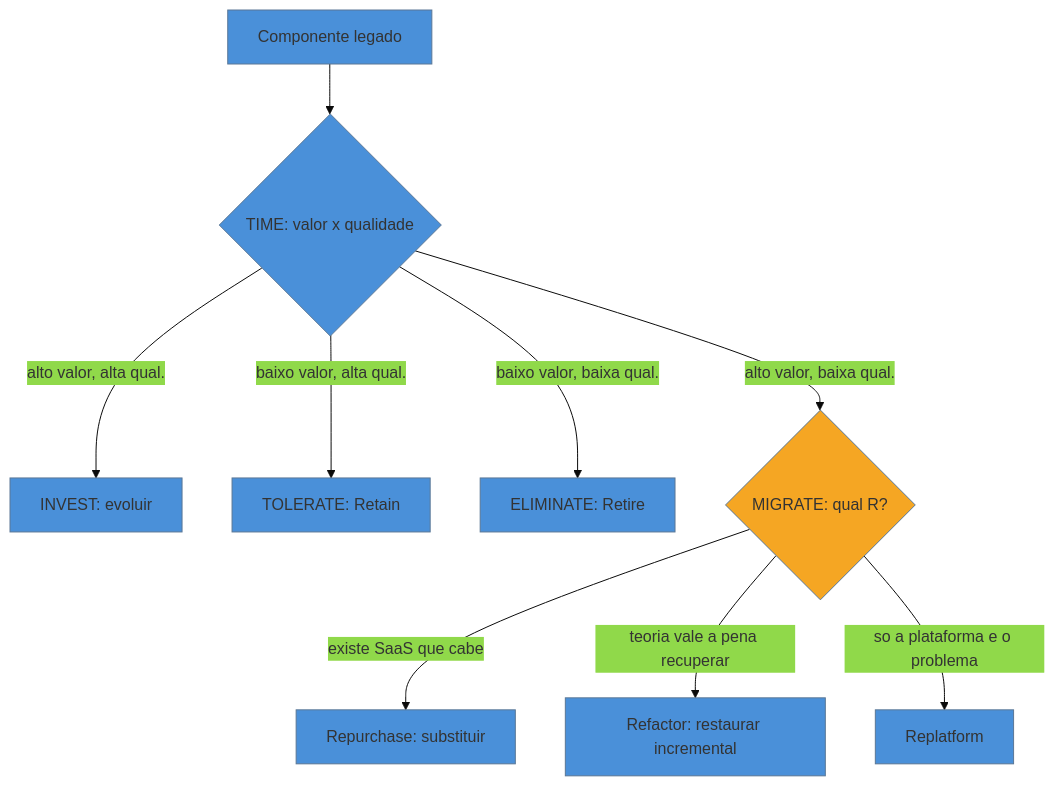
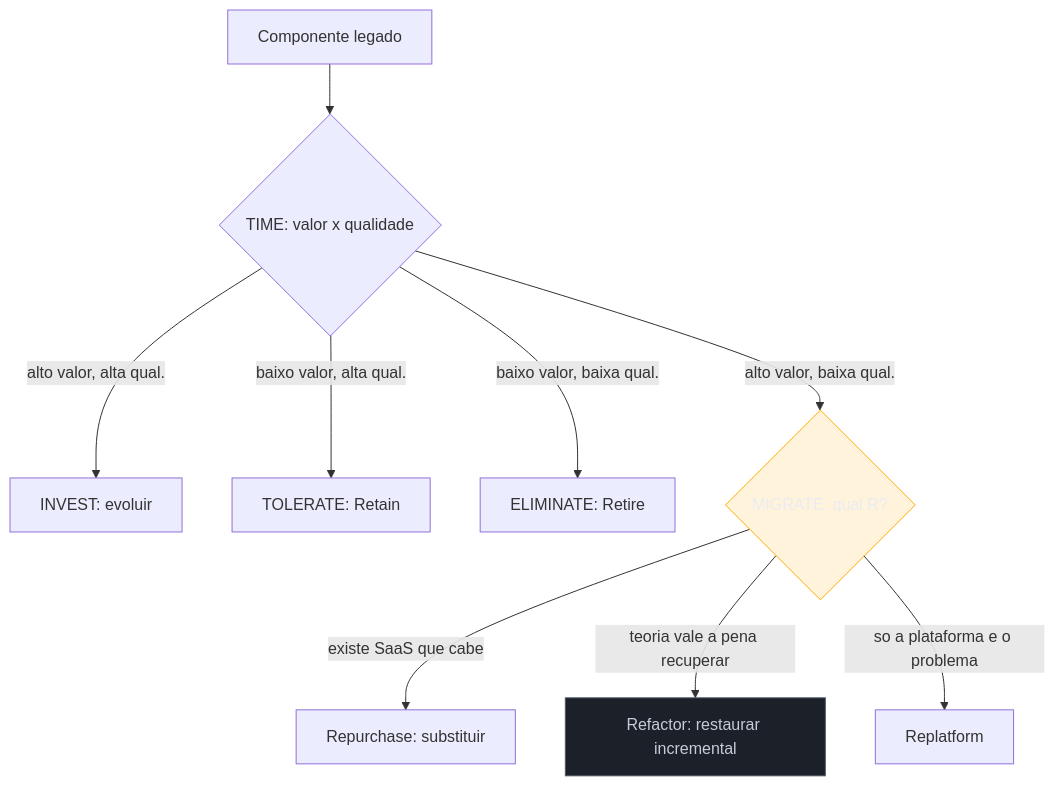
One commit to josenaldo/codex-technomanticus changed the second of 2 diagrams in 03-Dominios/Engenharia/Arqueologia e Restauração de Software/17 - Frameworks de decisão.md. Above: the diagram before and after it, drawn with Mermaid. The commit also changed other lines of this file and 1181 other files, not shown here.

First line of the commit message:
fix(diagramas): paleta do sistema no lugar de cor cravada no markdown

````diff
--- a/03-Dominios/Engenharia/Arqueologia e Restauração de Software/17 - Frameworks de decisão.md
+++ b/03-Dominios/Engenharia/Arqueologia e Restauração de Software/17 - Frameworks de decisão.md
@@ -75,14 +74,15 @@
 ```mermaid
-%%{init: {"theme": "base", "themeVariables": {"primaryColor": "#4A90D9"}}}%%
 graph TD
+    classDef destaque fill:#FFAA0024,stroke:#FFAA00,color:#E9ECF2
+    classDef neutro fill:#1B2029,stroke:#4E5666,color:#C6CCD8
     A[Componente legado] --> B{TIME: valor x qualidade}
     B -->|alto valor, alta qual.| C[INVEST: evoluir]
     B -->|baixo valor, alta qual.| D[TOLERATE: Retain]
     B -->|baixo valor, baixa qual.| E[ELIMINATE: Retire]
     B -->|alto valor, baixa qual.| F{MIGRATE: qual R?}
     F -->|existe SaaS que cabe| G[Repurchase: substituir]
     F -->|teoria vale a pena recuperar| H[Refactor: restaurar incremental]
     F -->|so a plataforma e o problema| I[Replatform]
-    style F fill:#F5A623
-    style H fill:#4A90D9
+    class F destaque
+    class H neutro
 ```
````
